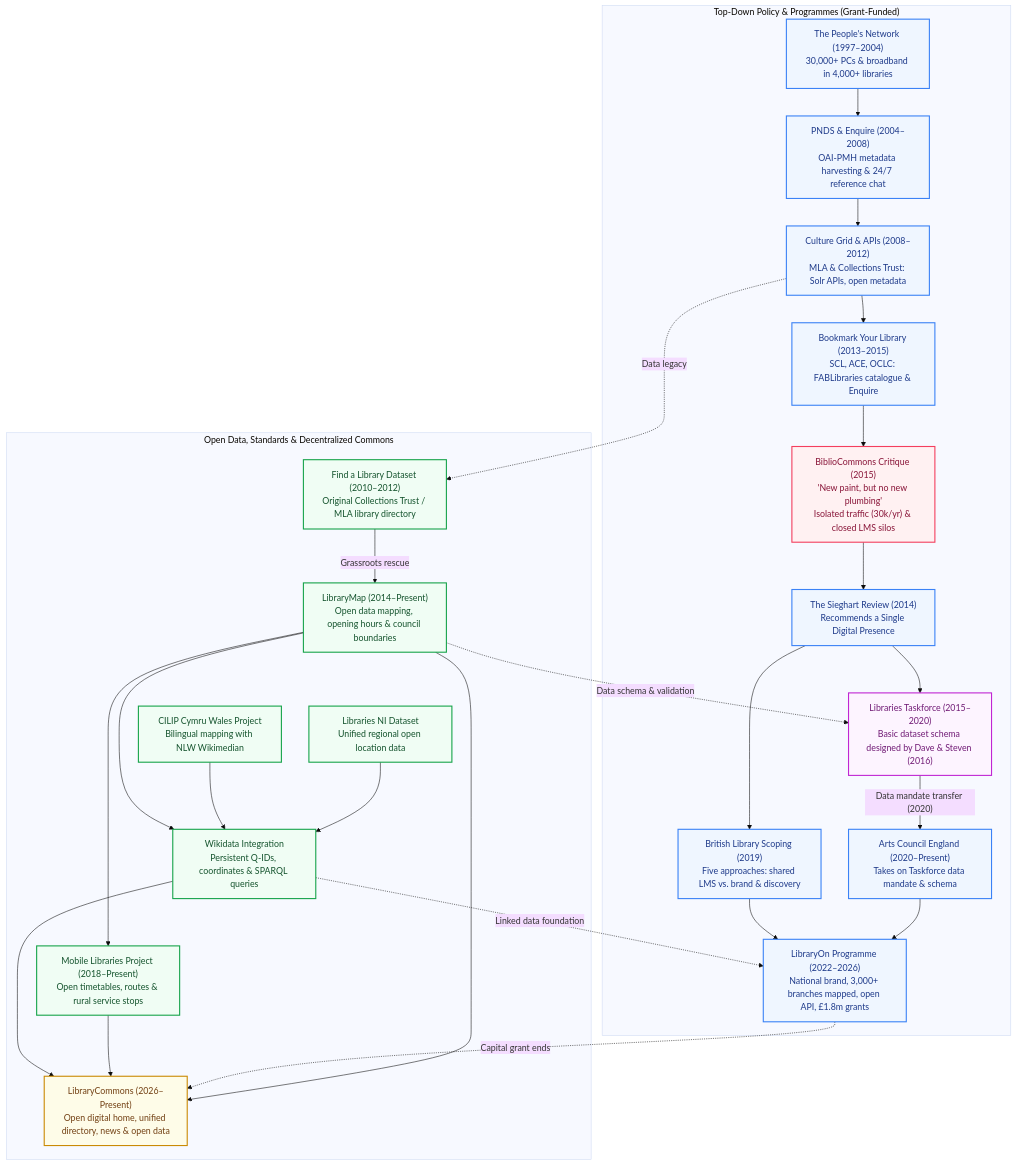
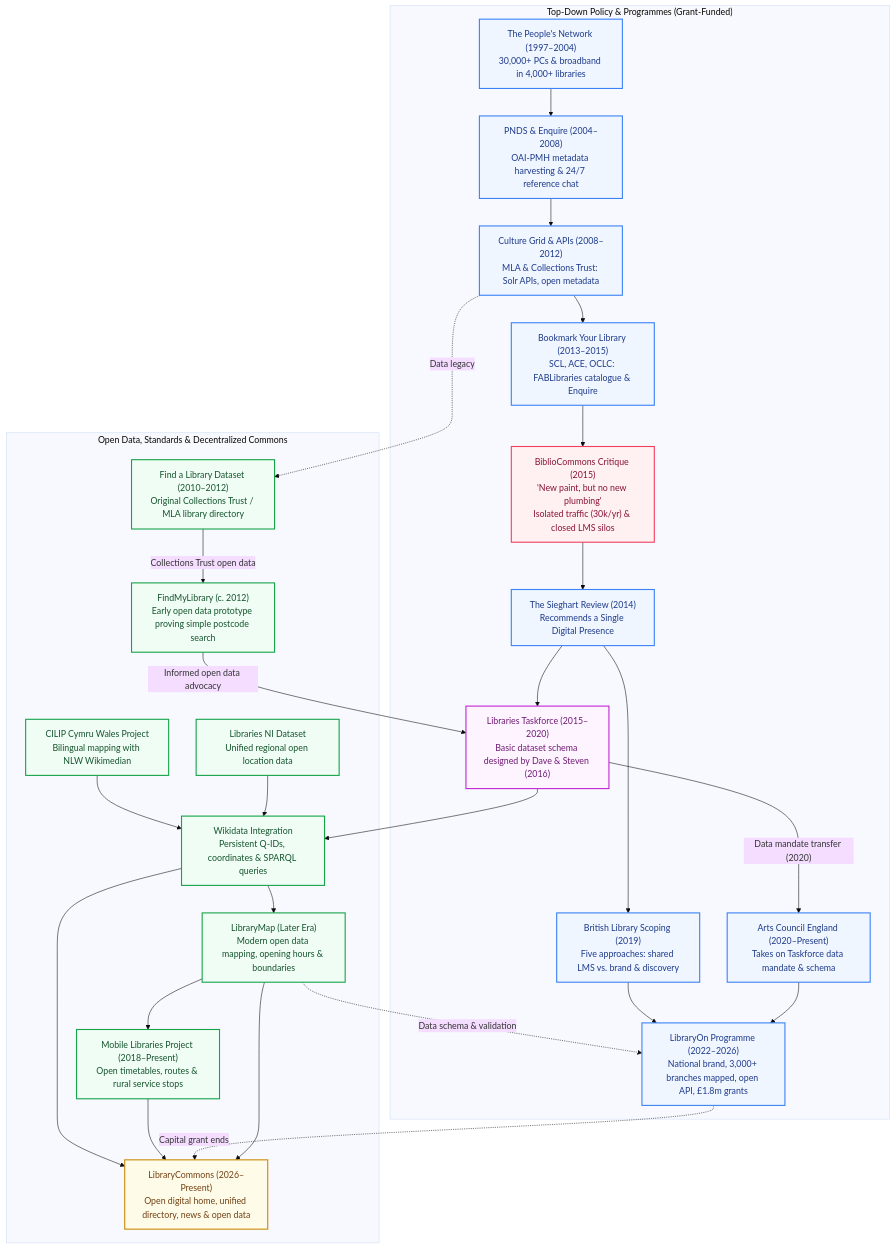
Before and after one commit to LibrariesHacked/uk-public-library-policy-archive: the diagram in docs/blog-single-digital-presence-history.md, drawn with Mermaid (base theme). The commit also changed other lines of this file, not shown here.

Commit message:
Clarify FindMyLibrary (2012) and LibraryMap timeline in blog post

````diff
--- a/docs/blog-single-digital-presence-history.md
+++ b/docs/blog-single-digital-presence-history.md
@@ -27,56 +27,58 @@
 ```mermaid
 flowchart TD
     subgraph TOPDOWN ["Top-Down Policy & Programmes (Grant-Funded)"]
         PN["The People's Network (1997–2004)<br/>30,000+ PCs & broadband in 4,000+ libraries"]
         PNDS["PNDS & Enquire (2004–2008)<br/>OAI-PMH metadata harvesting & 24/7 reference chat"]
         CG["Culture Grid & APIs (2008–2012)<br/>MLA & Collections Trust: Solr APIs, open metadata"]
         BYL["Bookmark Your Library (2013–2015)<br/>SCL, ACE, OCLC: FABLibraries catalogue & Enquire"]
         FAIL["BiblioCommons Critique (2015)<br/>'New paint, but no new plumbing'<br/>Isolated traffic (30k/yr) & closed LMS silos"]
         SR["The Sieghart Review (2014)<br/>Recommends a Single Digital Presence"]
         TF["Libraries Taskforce (2015–2020)<br/>Basic dataset schema designed by Dave & Steven (2016)"]
         ACE["Arts Council England (2020–Present)<br/>Takes on Taskforce data mandate & schema"]
         BL5["British Library Scoping (2019)<br/>Five approaches: shared LMS vs. brand & discovery"]
         LON["LibraryOn Programme (2022–2026)<br/>National brand, 3,000+ branches mapped, open API, £1.8m grants"]
     end
 
     subgraph OPENDATA ["Open Data, Standards & Decentralized Commons"]
         FAL["Find a Library Dataset (2010–2012)<br/>Original Collections Trust / MLA library directory"]
-        LMAP["LibraryMap (2014–Present)<br/>Open data mapping, opening hours & council boundaries"]
+        FML["FindMyLibrary (c. 2012)<br/>Early open data prototype proving simple postcode search"]
         WIKI["Wikidata Integration<br/>Persistent Q-IDs, coordinates & SPARQL queries"]
         WALES["CILIP Cymru Wales Project<br/>Bilingual mapping with NLW Wikimedian"]
         LNI["Libraries NI Dataset<br/>Unified regional open location data"]
+        LMAP["LibraryMap (Later Era)<br/>Modern open data mapping, opening hours & boundaries"]
         MOBLIB["Mobile Libraries Project (2018–Present)<br/>Open timetables, routes & rural service stops"]
         LC["LibraryCommons (2026–Present)<br/>Open digital home, unified directory, news & open data"]
     end
 
     PN --> PNDS --> CG --> BYL --> FAIL --> SR --> TF
     CG -.->|"Data legacy"| FAL
-    FAL -->|"Grassroots rescue"| LMAP
+    FAL -->|"Collections Trust open data"| FML
+    FML -->|"Informed open data advocacy"| TF
     TF -->|"Data mandate transfer (2020)"| ACE
     SR --> BL5 --> LON
     ACE --> LON
     
-    LMAP --> WIKI
+    TF --> WIKI
     WALES --> WIKI
     LNI --> WIKI
+    WIKI --> LMAP
     LMAP --> MOBLIB
     WIKI --> LC
     MOBLIB --> LC
     
-    LMAP -.->|"Data schema & validation"| TF
-    WIKI -.->|"Linked data foundation"| LON
+    LMAP -.->|"Data schema & validation"| LON
     LON -.->|"Capital grant ends"| LC
     LMAP --> LC
 
     classDef top fill:#eff6ff,stroke:#3b82f6,stroke-width:2px,color:#1e3a8a;
     classDef critique fill:#fff1f2,stroke:#f43f5e,stroke-width:2px,color:#881337;
     classDef taskforce fill:#fdf4ff,stroke:#c026d3,stroke-width:2px,color:#701a75;
     classDef open fill:#f0fdf4,stroke:#16a34a,stroke-width:2px,color:#14532d;
     classDef commons fill:#fefce8,stroke:#ca8a04,stroke-width:2px,color:#713f12;
 
     class PN,PNDS,CG,BYL,SR,BL5,LON,ACE top;
     class FAIL critique;
     class TF taskforce;
-    class FAL,LMAP,WIKI,WALES,LNI,MOBLIB open;
+    class FAL,FML,WIKI,WALES,LNI,LMAP,MOBLIB open;
     class LC commons;
 ```
````
